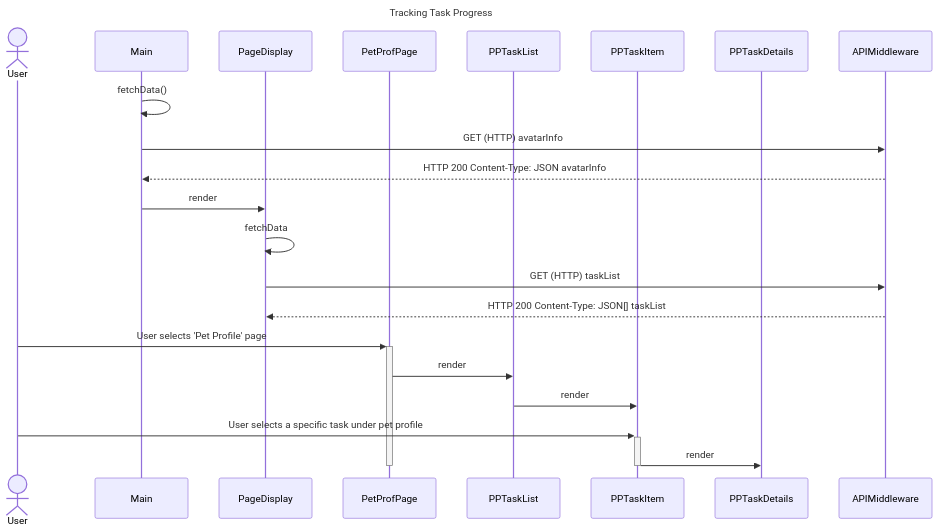
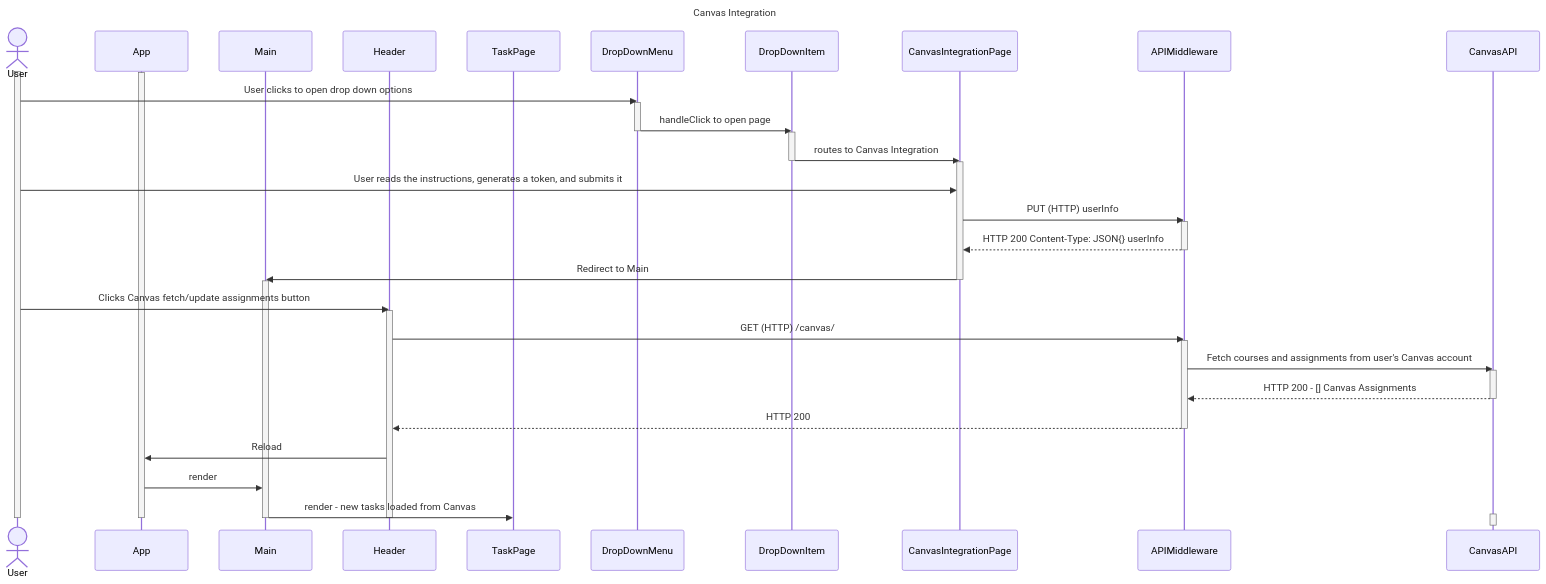
The fourth of 7 diagrams in documentation/docs/system-architecture/sequence-diagrams.md (Capstone-Projects-2023-Spring/project-virtual-pet), drawn with Mermaid before and after one commit. The commit also changed other lines of this file and 1 other file, not shown here.

````diff
--- a/documentation/docs/system-architecture/sequence-diagrams.md
+++ b/documentation/docs/system-architecture/sequence-diagrams.md
@@ -198,26 +152,56 @@
 ```mermaid
 sequenceDiagram
-title Tracking Task Progress
-    actor u as User
+title Canvas Integration
+    actor User
+    participant App
     participant Main
-    participant PageDisplay
-    participant PetProfPage
-    participant PPTaskList
-    participant PPTaskItem
-    participant PPTaskDetails
+    participant Header
+    participant TaskPage
+    participant DropDownMenu
+    participant DropDownItem
+    participant CanvasIntegrationPage
     participant APIMiddleware
-    Main ->> Main: fetchData()
-    Main ->> APIMiddleware: GET (HTTP) avatarInfo
-    APIMiddleware -->> Main: HTTP 200 Content-Type: JSON avatarInfo
-    Main ->> PageDisplay: render
-    PageDisplay ->> PageDisplay: fetchData
-    PageDisplay ->> APIMiddleware: GET (HTTP) taskList
-    APIMiddleware -->> PageDisplay: HTTP 200 Content-Type: JSON[] taskList
-    u ->>+PetProfPage: User selects 'Pet Profile' page
-    PetProfPage ->>PPTaskList: render
-    PPTaskList ->>PPTaskItem: render
-    u ->>+ PPTaskItem: User selects a specific task under pet profile
-    PPTaskItem ->> PPTaskDetails: render
-    deactivate PetProfPage
-    deactivate PPTaskItem
+    participant CanvasAPI
+    
+    %% User goes to Canvas Integration page + Submits token
+    activate User
+    activate App
+    User ->> DropDownMenu: User clicks to open drop down options
+    activate DropDownMenu 
+    DropDownMenu ->> DropDownItem: handleClick to open page
+    deactivate DropDownMenu 
+    activate DropDownItem
+    DropDownItem ->> CanvasIntegrationPage: routes to Canvas Integration
+    deactivate DropDownItem
+    activate CanvasIntegrationPage
+    User ->> CanvasIntegrationPage: User reads the instructions, generates a token, and submits it
+    CanvasIntegrationPage ->> APIMiddleware: PUT (HTTP) userInfo
+    activate APIMiddleware
+    APIMiddleware -->>CanvasIntegrationPage:  HTTP 200 Content-Type: JSON{} userInfo
+    deactivate APIMiddleware
+    CanvasIntegrationPage ->> Main: Redirect to Main
+    activate Main
+    deactivate CanvasIntegrationPage
+
+    %% User clicks canvas button
+    User ->> Header : Clicks Canvas fetch/update assignments button
+    activate Header
+    Header ->> APIMiddleware: GET (HTTP) /canvas/
+    activate APIMiddleware
+    APIMiddleware ->> CanvasAPI: Fetch courses and assignments from user's Canvas account
+    activate CanvasAPI
+    CanvasAPI -->> APIMiddleware: HTTP 200 - [] Canvas Assignments
+    deactivate CanvasAPI
+    APIMiddleware -->> Header : HTTP 200
+    deactivate APIMiddleware 
+    Header ->> App: Reload
+    App ->> Main: render
+    Main ->> TaskPage: render - new tasks loaded from Canvas
+    activate CanvasAPI
+
+    deactivate User
+    deactivate CanvasAPI
+    deactivate App
+    deactivate Main
+    deactivate Header
 ```
````
